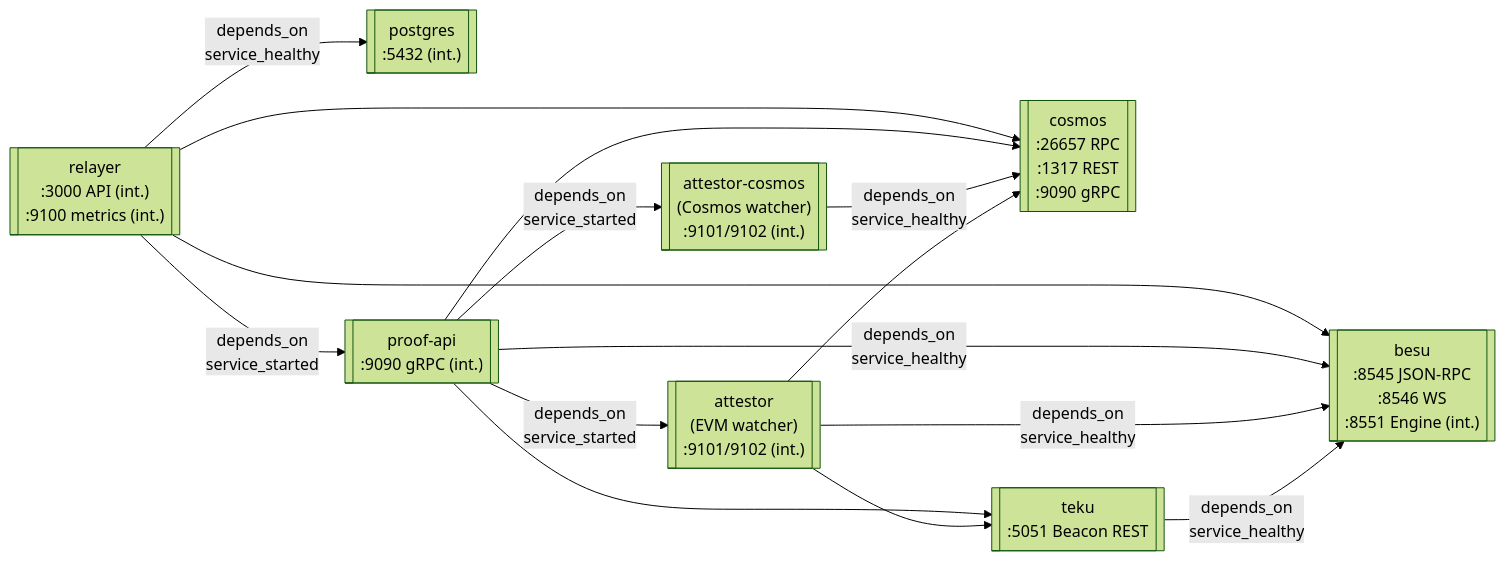
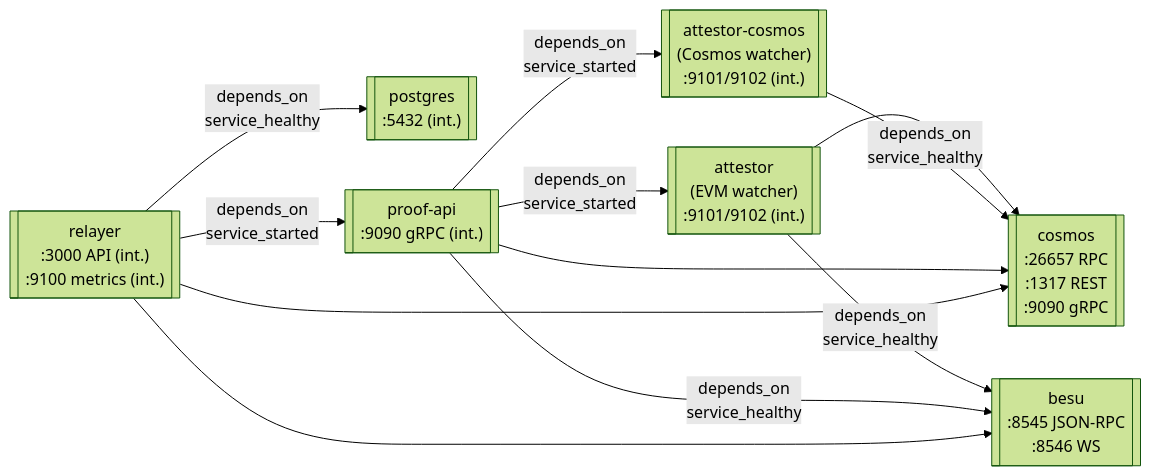
One commit to cosmos/ibc-e2e-docs-example changed the first of 3 diagrams in demo/cosmos-evm/README.md. Above: the diagram before and after it, drawn with Mermaid (forest theme). The commit also changed other lines of this file and 19 other files, not shown here.

````diff
--- a/demo/cosmos-evm/README.md
+++ b/demo/cosmos-evm/README.md
@@ -29,26 +29,22 @@
 ```mermaid
 graph LR
     cosmos[["cosmos<br/>:26657 RPC<br/>:1317 REST<br/>:9090 gRPC"]]
-    besu[["besu<br/>:8545 JSON-RPC<br/>:8546 WS<br/>:8551 Engine (int.)"]]
-    teku[["teku<br/>:5051 Beacon REST"]]
+    besu[["besu<br/>:8545 JSON-RPC<br/>:8546 WS"]]
     postgres[["postgres<br/>:5432 (int.)"]]
     attestor[["attestor<br/>(EVM watcher)<br/>:9101/9102 (int.)"]]
     attestorCosmos[["attestor-cosmos<br/>(Cosmos watcher)<br/>:9101/9102 (int.)"]]
     proofapi[["proof-api<br/>:9090 gRPC (int.)"]]
     relayer[["relayer<br/>:3000 API (int.)<br/>:9100 metrics (int.)"]]
 
-    teku -->|depends_on<br/>service_healthy| besu
     attestor -->|depends_on<br/>service_healthy| besu
     attestor --> cosmos
-    attestor --> teku
     attestorCosmos -->|depends_on<br/>service_healthy| cosmos
     proofapi -->|depends_on<br/>service_healthy| besu
     proofapi --> cosmos
-    proofapi --> teku
     proofapi -->|depends_on<br/>service_started| attestor
     proofapi -->|depends_on<br/>service_started| attestorCosmos
     relayer -->|depends_on<br/>service_healthy| postgres
     relayer --> cosmos
     relayer --> besu
     relayer -->|depends_on<br/>service_started| proofapi
 ```
````
